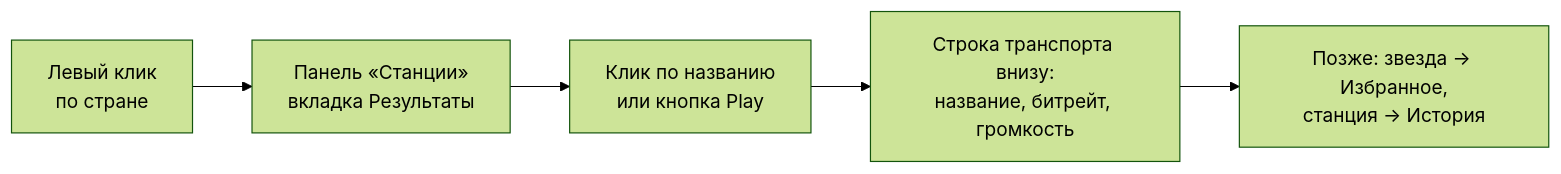
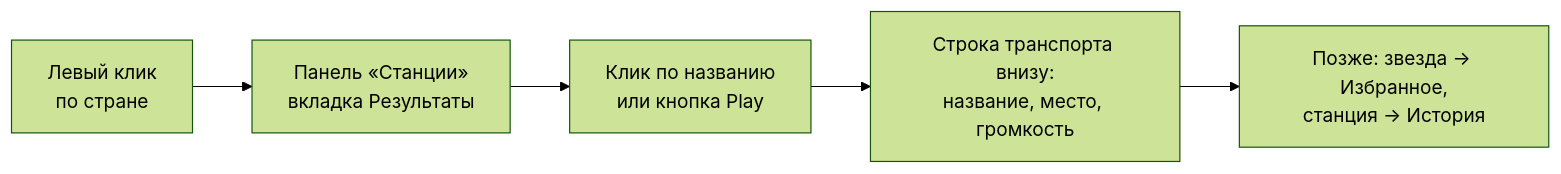
The second of 2 diagrams in docs/wiki/02-Первый-запуск.md (ModernByte/orbitfm), drawn with Mermaid (forest theme) before and after one commit. The commit also changed other lines of this file and 77 other files, not shown here.

````diff
--- a/docs/wiki/02-Первый-запуск.md
+++ b/docs/wiki/02-Первый-запуск.md
@@ -72,7 +74,7 @@
 ```mermaid
 flowchart LR
     A["Левый клик<br/>по стране"] --> B["Панель «Станции»<br/>вкладка Результаты"]
     B --> C["Клик по названию<br/>или кнопка Play"]
-    C --> D["Строка транспорта внизу:<br/>название, битрейт, громкость"]
+    C --> D["Строка транспорта внизу:<br/>название, место, громкость"]
     D --> E["Позже: звезда → Избранное,<br/>станция → История"]
 ```
````
